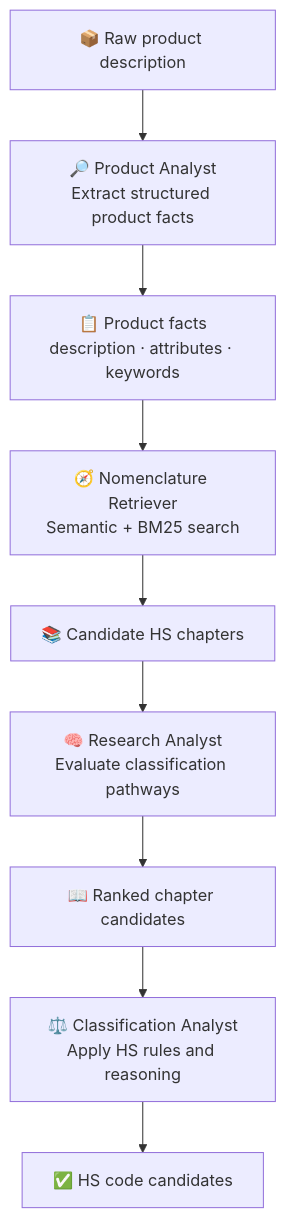
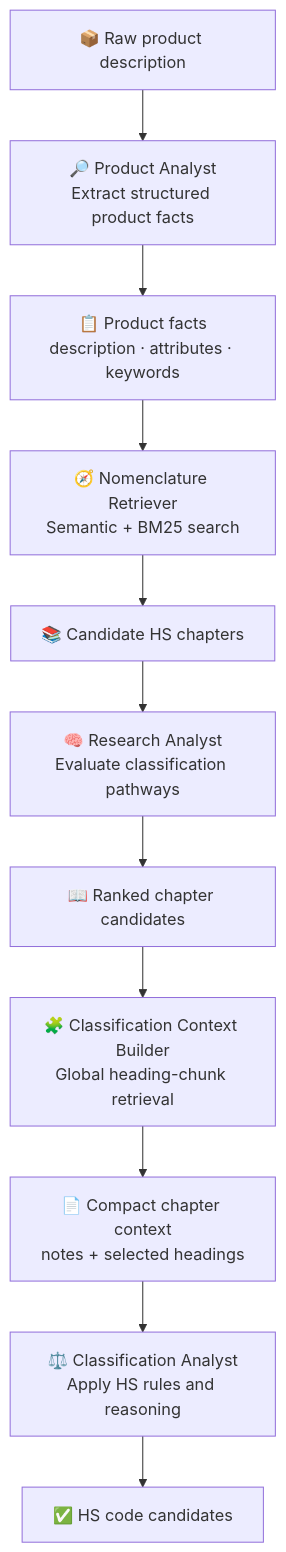
One commit to talmago/nomenclator changed the diagram in ARCHITECTURE.md. Above: the diagram before and after it, drawn with Mermaid. The commit also changed other lines of this file and 12 other files, not shown here.

````diff
--- a/ARCHITECTURE.md
+++ b/ARCHITECTURE.md
@@ -18,18 +18,21 @@
 ```mermaid
 flowchart TD
     A["📦 Raw product description"]
 
     B["🔎 Product Analyst<br/>Extract structured product facts"]
     C["📋 Product facts<br/>description · attributes · keywords"]
 
     D["🧭 Nomenclature Retriever<br/>Semantic + BM25 search"]
     E["📚 Candidate HS chapters"]
 
     F["🧠 Research Analyst<br/>Evaluate classification pathways"]
     G["📖 Ranked chapter candidates"]
 
-    H["⚖️ Classification Analyst<br/>Apply HS rules and reasoning"]
-    I["✅ HS code candidates"]
+    H["🧩 Classification Context Builder<br/>Global heading-chunk retrieval"]
+    I["📄 Compact chapter context<br/>notes + selected headings"]
 
-    A --> B --> C --> D --> E --> F --> G --> H --> I
+    J["⚖️ Classification Analyst<br/>Apply HS rules and reasoning"]
+    K["✅ HS code candidates"]
+
+    A --> B --> C --> D --> E --> F --> G --> H --> I --> J --> K
 ```
````
